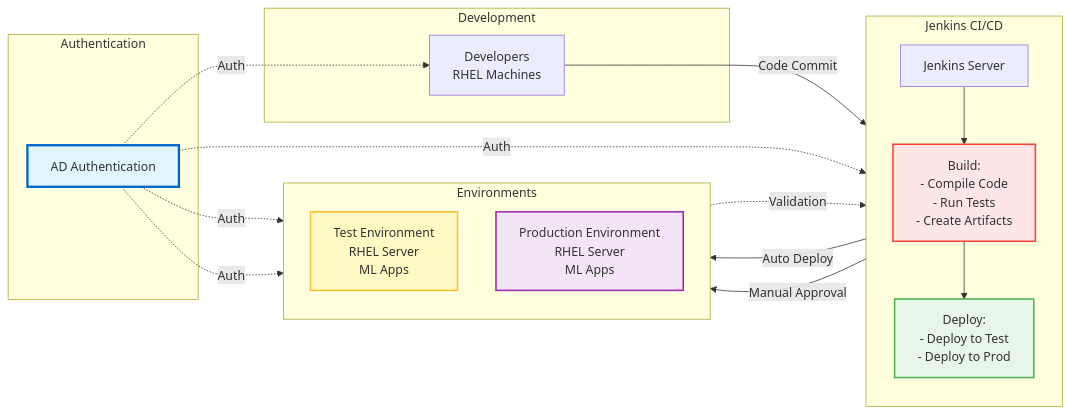
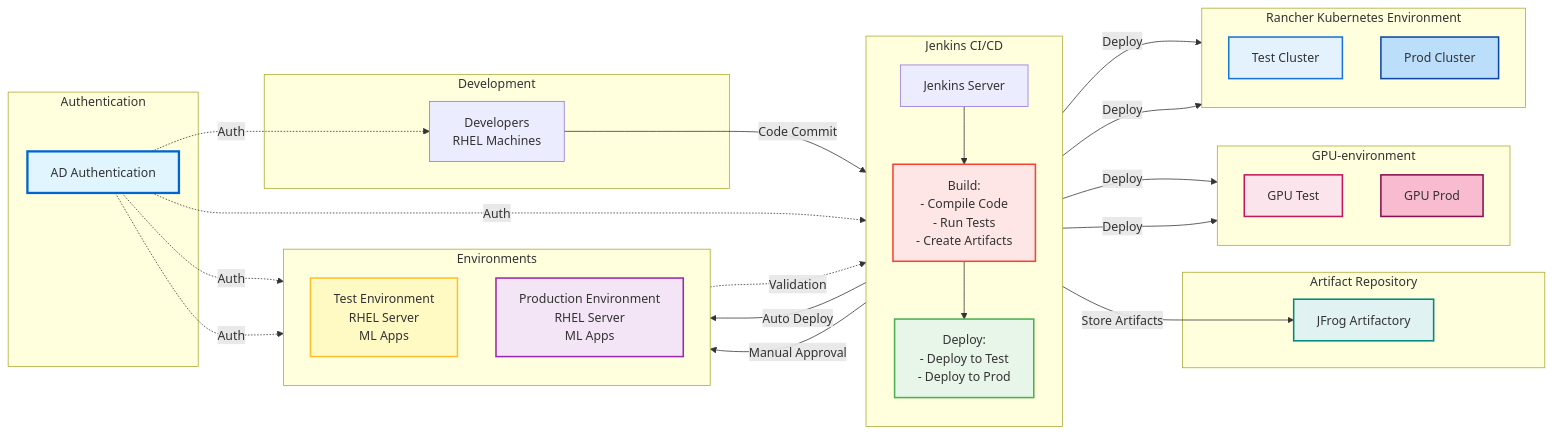
One commit to tv2-mle/mlops-arkitektur changed the second of 4 diagrams in README.md. Above: the diagram before and after it, drawn with Mermaid. The commit also changed other lines of this file, not shown here.

Commit message:
Add JFrog Artifactory, GPU-environment, and Rancher Kubernetes to mermaid diagrams

````diff
--- a/README.md
+++ b/README.md
@@ -66,42 +90,68 @@
 ```mermaid
 flowchart LR
     subgraph "Development"
         DEV[Developers<br/>RHEL Machines]
     end
     
     subgraph "Authentication"
         AD[AD Authentication]
     end
     
     subgraph "Jenkins CI/CD"
         direction TB
         J[Jenkins Server]
         B[Build:<br/>- Compile Code<br/>- Run Tests<br/>- Create Artifacts]
         D[Deploy:<br/>- Deploy to Test<br/>- Deploy to Prod]
         J --> B
         B --> D
     end
     
+    subgraph "Artifact Repository"
+        JFROG[JFrog Artifactory]
+    end
+    
     subgraph "Environments"
         direction TB
         T[Test Environment<br/>RHEL Server<br/>ML Apps]
         P[Production Environment<br/>RHEL Server<br/>ML Apps]
+    end
+    
+    subgraph "GPU-environment"
+        direction TB
+        GT[GPU Test]
+        GP[GPU Prod]
+    end
+    
+    subgraph "Rancher Kubernetes Environment"
+        direction TB
+        RT[Test Cluster]
+        RP[Prod Cluster]
     end
     
     DEV -->|Code Commit| J
     AD -.->|Auth| DEV
     AD -.->|Auth| J
     AD -.->|Auth| T
     AD -.->|Auth| P
     
+    B -->|Store Artifacts| JFROG
     D -->|Auto Deploy| T
     D -->|Manual Approval| P
+    D -->|Deploy| GT
+    D -->|Deploy| GP
+    D -->|Deploy| RT
+    D -->|Deploy| RP
     
     T -.->|Validation| D
     
     style AD fill:#e1f5ff,stroke:#0066cc,stroke-width:3px
     style B fill:#ffe6e6,stroke:#f44336,stroke-width:2px
     style D fill:#e8f5e9,stroke:#4caf50,stroke-width:2px
+    style JFROG fill:#e0f2f1,stroke:#00897b,stroke-width:2px
     style T fill:#fff9c4,stroke:#fbc02d,stroke-width:2px
     style P fill:#f3e5f5,stroke:#9c27b0,stroke-width:2px
+    style GT fill:#fce4ec,stroke:#c2185b,stroke-width:2px
+    style GP fill:#f8bbd0,stroke:#880e4f,stroke-width:2px
+    style RT fill:#e3f2fd,stroke:#1976d2,stroke-width:2px
+    style RP fill:#bbdefb,stroke:#0d47a1,stroke-width:2px
 ```
````
